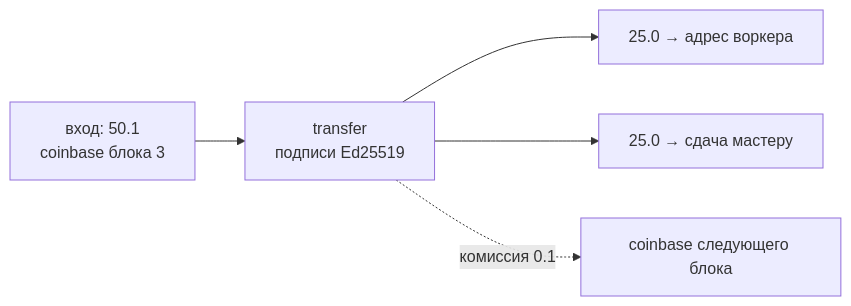
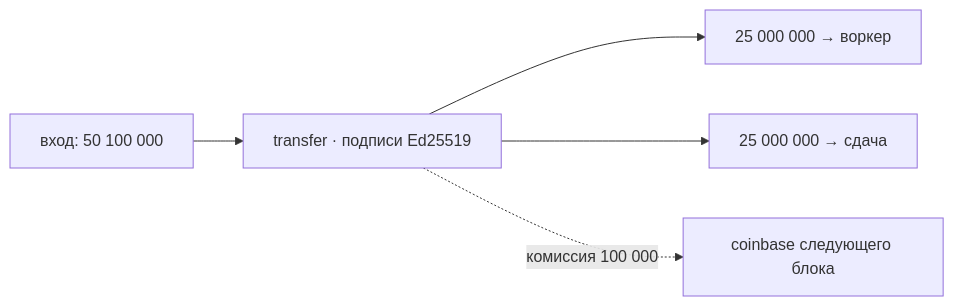
The second of 2 diagrams in docs/WHITEPAPER.md (konstantinkorzov/cp2k-mace-project), drawn with Mermaid before and after one commit. The commit also changed other lines of this file and 1 other file, not shown here.

````diff
--- a/docs/WHITEPAPER.md
+++ b/docs/WHITEPAPER.md
@@ -219,7 +184,7 @@
 ```mermaid
 flowchart LR
-    I1["вход: 50.1<br/>coinbase блока 3"] --> TX["transfer<br/>подписи Ed25519"]
-    TX --> O1["25.0 → адрес воркера"]
-    TX --> O2["25.0 → сдача мастеру"]
-    TX -.->|"комиссия 0.1"| CB["coinbase следующего блока"]
+    I["вход: 50 100 000"] --> TX["transfer · подписи Ed25519"]
+    TX --> O1["25 000 000 → воркер"]
+    TX --> O2["25 000 000 → сдача"]
+    TX -.->|"комиссия 100 000"| CB["coinbase следующего блока"]
 ```
````
